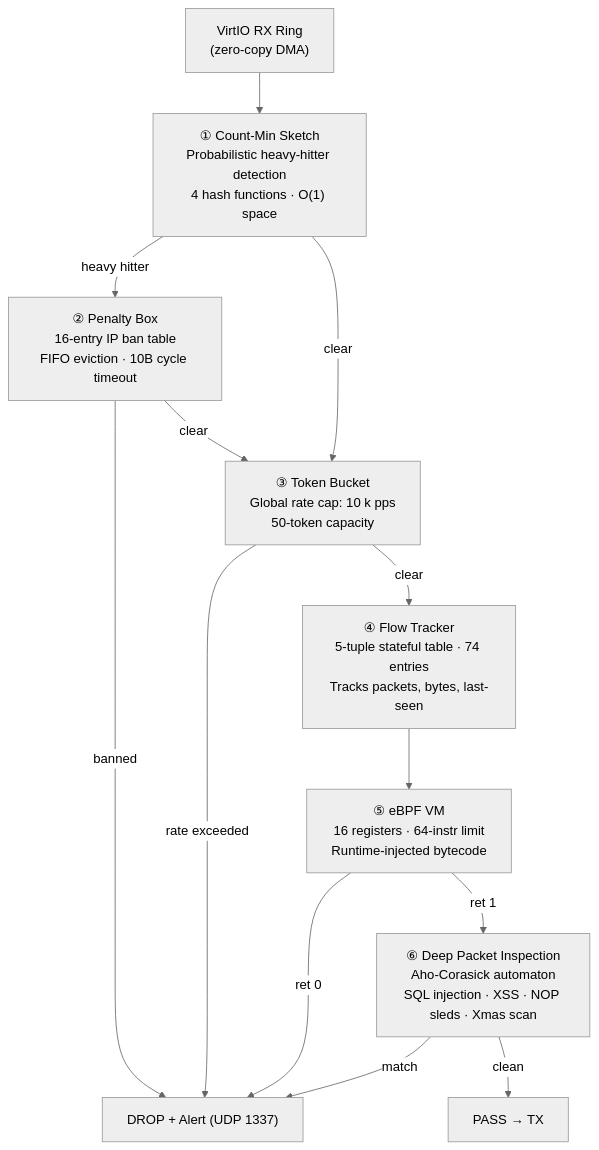
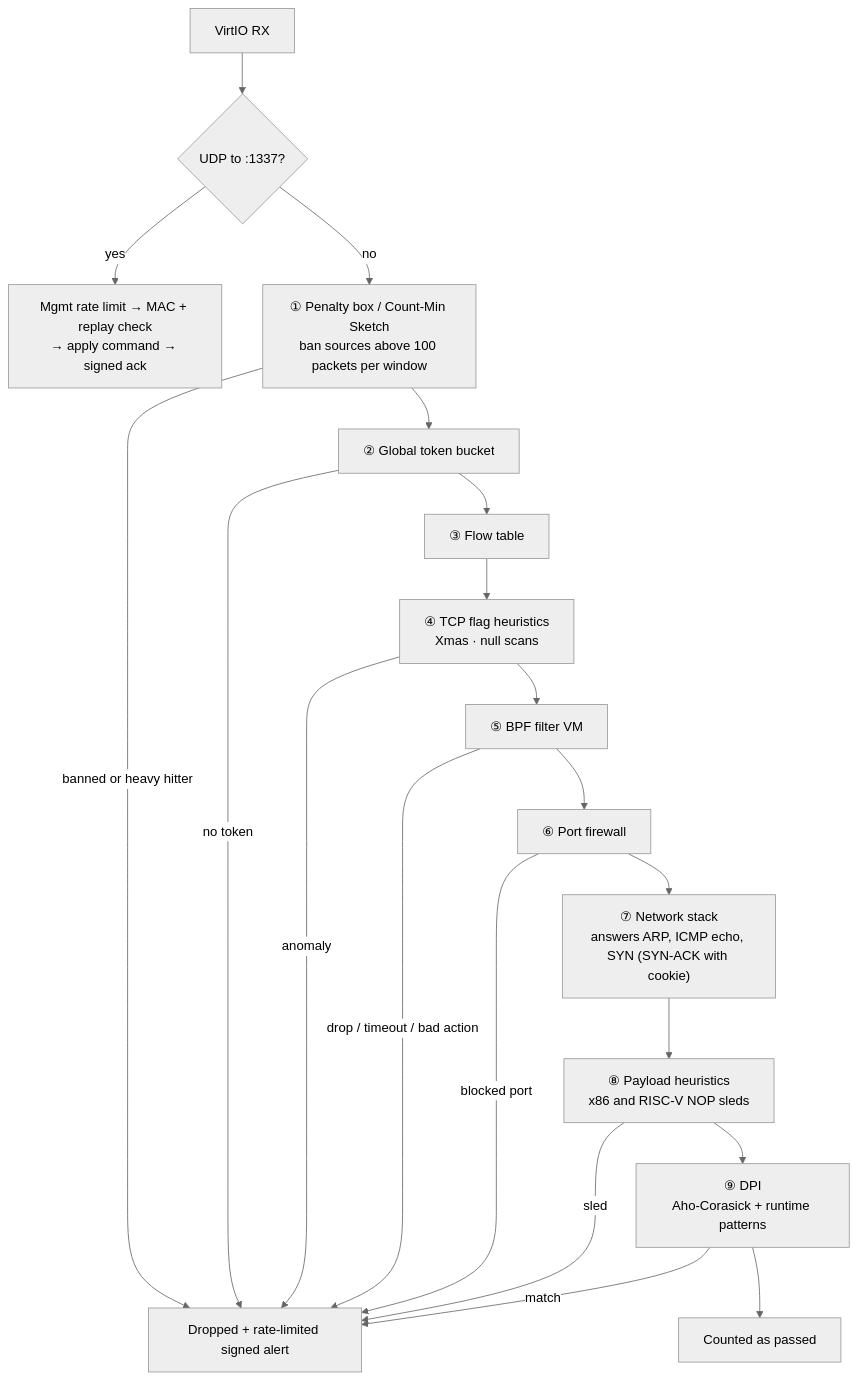
One commit to willmccallion/riscv-security-unikernel changed the second of 2 diagrams in README.md. Above: the diagram before and after it, drawn with Mermaid (neutral theme). The commit also changed other lines of this file, not shown here.

````diff
--- a/README.md
+++ b/README.md
@@ -43,25 +47,35 @@
 ```mermaid
 flowchart TD
-    RX["VirtIO RX Ring<br/>(zero-copy DMA)"]
-    CMS["① Count-Min Sketch<br/>Probabilistic heavy-hitter detection<br/>4 hash functions · O(1) space"]
-    PB["② Penalty Box<br/>16-entry IP ban table<br/>FIFO eviction · 10B cycle timeout"]
-    TB["③ Token Bucket<br/>Global rate cap: 10 k pps<br/>50-token capacity"]
-    FT["④ Flow Tracker<br/>5-tuple stateful table · 74 entries<br/>Tracks packets, bytes, last-seen"]
-    EBPF["⑤ eBPF VM<br/>16 registers · 64-instr limit<br/>Runtime-injected bytecode"]
-    DPI["⑥ Deep Packet Inspection<br/>Aho-Corasick automaton<br/>SQL injection · XSS · NOP sleds · Xmas scan"]
-    PASS["PASS → TX"]
-    DROP["DROP + Alert (UDP 1337)"]
+    RX["VirtIO RX"]
+    MG{"UDP to :1337?"}
+    ML["Mgmt rate limit → MAC + replay check<br/>→ apply command → signed ack"]
+    PB["① Penalty box / Count-Min Sketch<br/>ban sources above 100 packets per window"]
+    TB["② Global token bucket"]
+    FT["③ Flow table"]
+    TF["④ TCP flag heuristics<br/>Xmas · null scans"]
+    BPF["⑤ BPF filter VM"]
+    FW["⑥ Port firewall"]
+    ST["⑦ Network stack<br/>answers ARP, ICMP echo, SYN (SYN-ACK with cookie)"]
+    HP["⑧ Payload heuristics<br/>x86 and RISC-V NOP sleds"]
+    DPI["⑨ DPI<br/>Aho-Corasick + runtime patterns"]
+    PASS["Counted as passed"]
+    DROP["Dropped + rate-limited signed alert"]
 
-    RX --> CMS
-    CMS -->|heavy hitter| PB
-    CMS -->|clear| TB
-    PB -->|banned| DROP
-    PB -->|clear| TB
-    TB -->|rate exceeded| DROP
-    TB -->|clear| FT
-    FT --> EBPF
-    EBPF -->|ret 0| DROP
-    EBPF -->|ret 1| DPI
+    RX --> MG
+    MG -->|yes| ML
+    MG -->|no| PB
+    PB -->|banned or heavy hitter| DROP
+    PB --> TB
+    TB -->|no token| DROP
+    TB --> FT --> TF
+    TF -->|anomaly| DROP
+    TF --> BPF
+    BPF -->|drop / timeout / bad action| DROP
+    BPF --> FW
+    FW -->|blocked port| DROP
+    FW --> ST --> HP
+    HP -->|sled| DROP
+    HP --> DPI
     DPI -->|match| DROP
-    DPI -->|clean| PASS
+    DPI --> PASS
 ```
````
